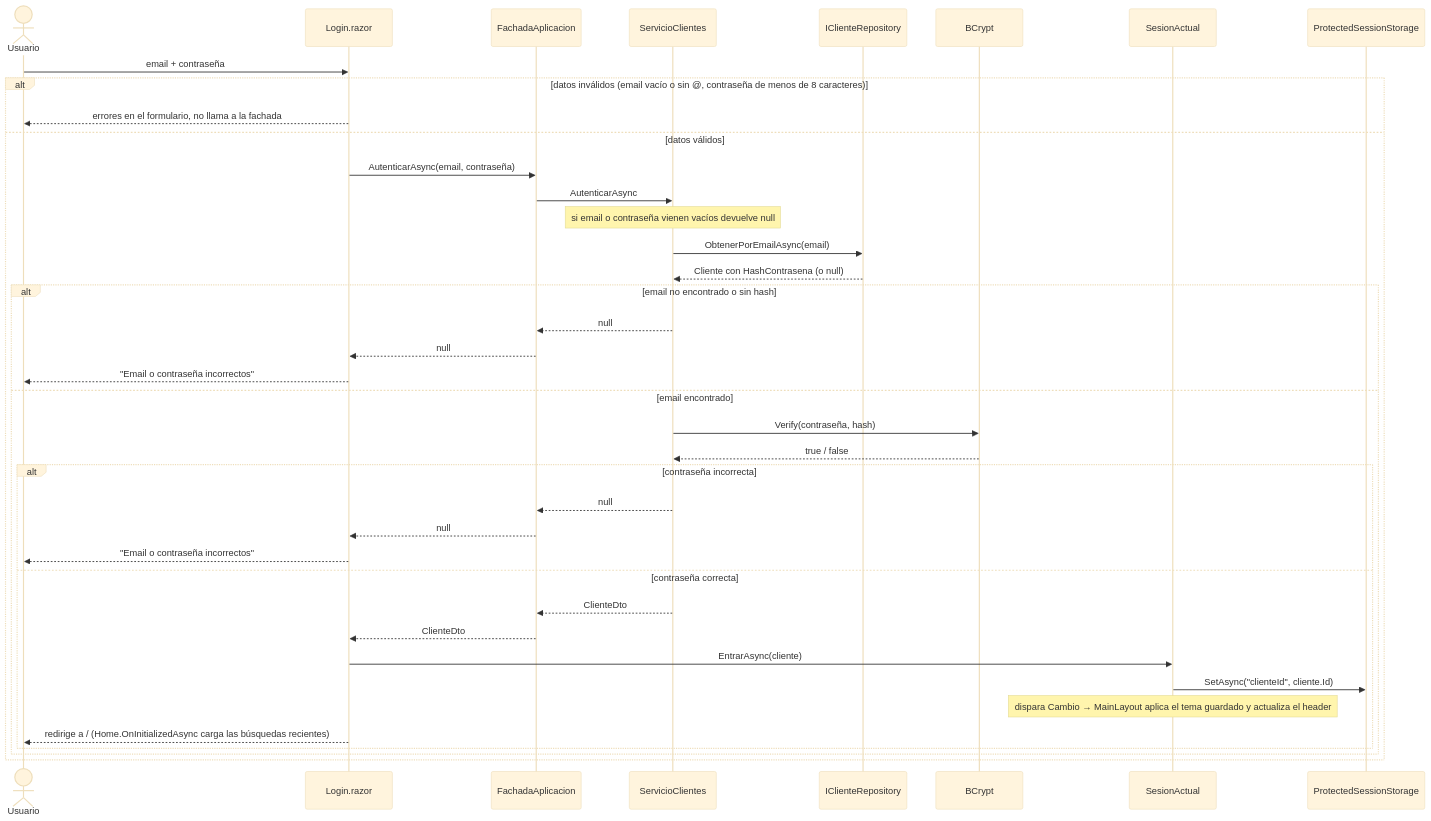
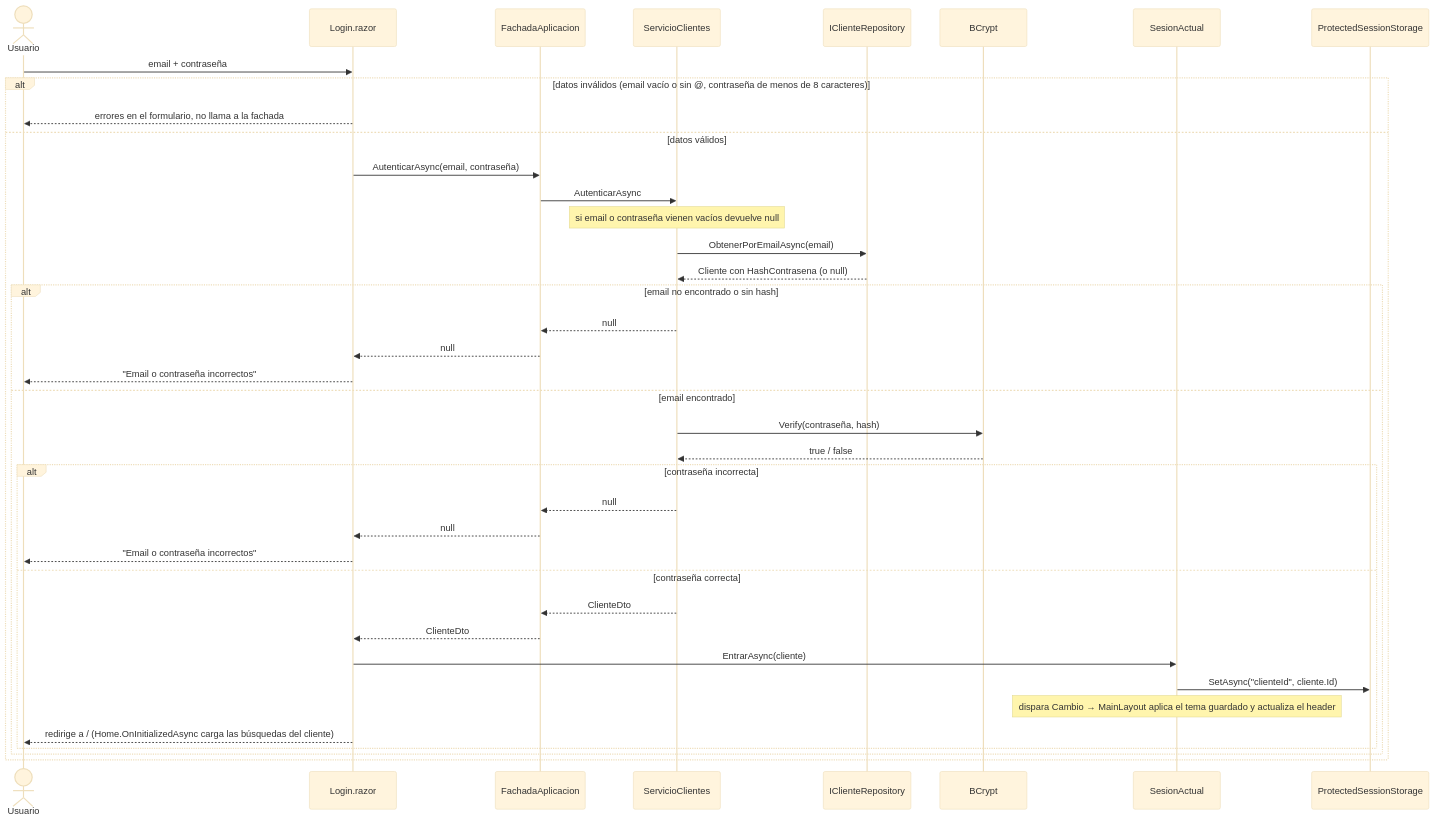
The second of 3 diagrams in docs/diagramas/secuencia.md (lfb-00/tp-apps-2), drawn with Mermaid (base theme) before and after one commit. The commit also changed other lines of this file and 7 other files, not shown here.

````diff
--- a/docs/diagramas/secuencia.md
+++ b/docs/diagramas/secuencia.md
@@ -70,45 +81,45 @@
 ```mermaid
 sequenceDiagram
     actor Usuario
     participant Web as Login.razor
     participant Fachada as FachadaAplicacion
     participant Clientes as ServicioClientes
     participant Repo as IClienteRepository
     participant BCrypt
     participant Sesion as SesionActual
     participant Storage as ProtectedSessionStorage
 
     Usuario->>Web: email + contraseña
 
     alt datos inválidos (email vacío o sin @, contraseña de menos de 8 caracteres)
         Web-->>Usuario: errores en el formulario, no llama a la fachada
     else datos válidos
         Web->>Fachada: AutenticarAsync(email, contraseña)
         Fachada->>Clientes: AutenticarAsync
         Note over Clientes: si email o contraseña vienen vacíos devuelve null
         Clientes->>Repo: ObtenerPorEmailAsync(email)
         Repo-->>Clientes: Cliente con HashContrasena (o null)
 
         alt email no encontrado o sin hash
             Clientes-->>Fachada: null
             Fachada-->>Web: null
             Web-->>Usuario: "Email o contraseña incorrectos"
         else email encontrado
             Clientes->>BCrypt: Verify(contraseña, hash)
             BCrypt-->>Clientes: true / false
 
             alt contraseña incorrecta
                 Clientes-->>Fachada: null
                 Fachada-->>Web: null
                 Web-->>Usuario: "Email o contraseña incorrectos"
             else contraseña correcta
                 Clientes-->>Fachada: ClienteDto
                 Fachada-->>Web: ClienteDto
                 Web->>Sesion: EntrarAsync(cliente)
                 Sesion->>Storage: SetAsync("clienteId", cliente.Id)
                 Note over Sesion: dispara Cambio → MainLayout aplica el tema guardado y actualiza el header
-                Web-->>Usuario: redirige a / (Home.OnInitializedAsync carga las búsquedas recientes)
+                Web-->>Usuario: redirige a / (Home.OnInitializedAsync carga las búsquedas del cliente)
             end
         end
     end
 ```
````
